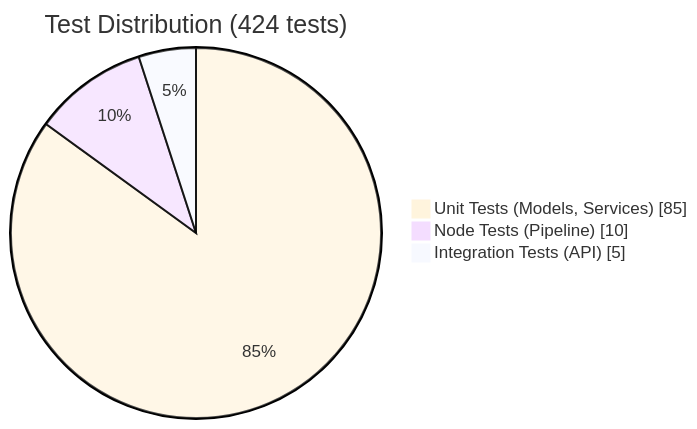
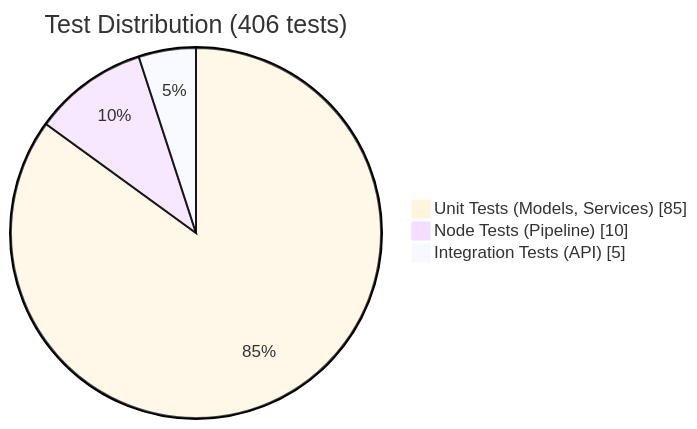
Diagram 15 of 26 in docs/codebase-summary.md (darth-dodo/hn-herald), drawn with Mermaid before and after one commit. The commit also changed other lines of this file and 5 other files, not shown here.

````diff
--- a/docs/codebase-summary.md
+++ b/docs/codebase-summary.md
@@ -871,8 +869,8 @@
 ```mermaid
 %%{init: {'theme': 'base', 'themeVariables': { 'fontSize': '14px'}}}%%
 pie showData
-    title Test Distribution (424 tests)
+    title Test Distribution (406 tests)
     "Unit Tests (Models, Services)" : 85
     "Node Tests (Pipeline)" : 10
     "Integration Tests (API)" : 5
 ```
````
